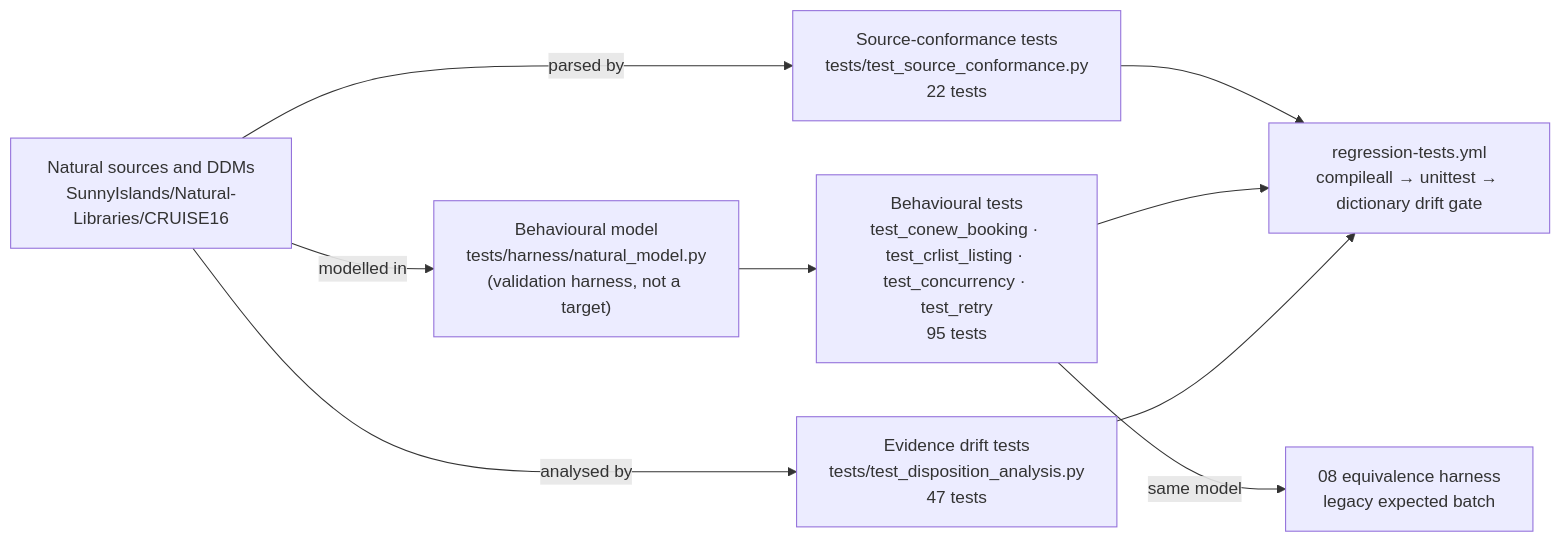
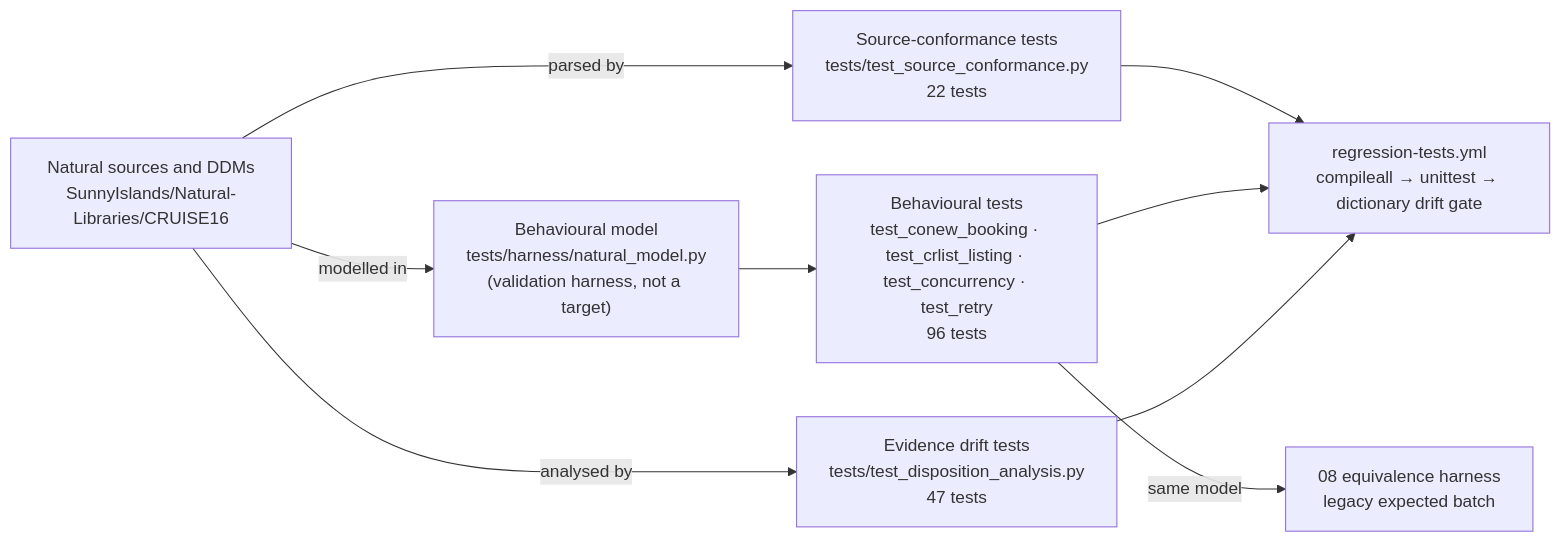
One commit to COG-GTM/ADABAS-natural-for-ajax-devops-sample-application changed the diagram in fpps-hcm-modernization-deliverable/09-unit-test-regression-jcl-runcompare/test-generation-approach.md. Above: the diagram before and after it, drawn with Mermaid. The commit also changed other lines of this file and 6 other files, not shown here.

````diff
--- a/fpps-hcm-modernization-deliverable/09-unit-test-regression-jcl-runcompare/test-generation-approach.md
+++ b/fpps-hcm-modernization-deliverable/09-unit-test-regression-jcl-runcompare/test-generation-approach.md
@@ -35,9 +35,9 @@
 ```mermaid
 flowchart LR
     SRC["Natural sources and DDMs<br/>SunnyIslands/Natural-Libraries/CRUISE16"] -->|"parsed by"| CONF["Source-conformance tests<br/>tests/test_source_conformance.py<br/>22 tests"]
     SRC -->|"modelled in"| MODEL["Behavioural model<br/>tests/harness/natural_model.py<br/>(validation harness, not a target)"]
-    MODEL --> BEH["Behavioural tests<br/>test_conew_booking · test_crlist_listing · test_concurrency · test_retry<br/>95 tests"]
+    MODEL --> BEH["Behavioural tests<br/>test_conew_booking · test_crlist_listing · test_concurrency · test_retry<br/>96 tests"]
     SRC -->|"analysed by"| DISP["Evidence drift tests<br/>tests/test_disposition_analysis.py<br/>47 tests"]
     CONF & BEH & DISP --> CI["regression-tests.yml<br/>compileall → unittest → dictionary drift gate"]
     BEH -->|"same model"| EQ["08 equivalence harness<br/>legacy expected batch"]
 ```
````
